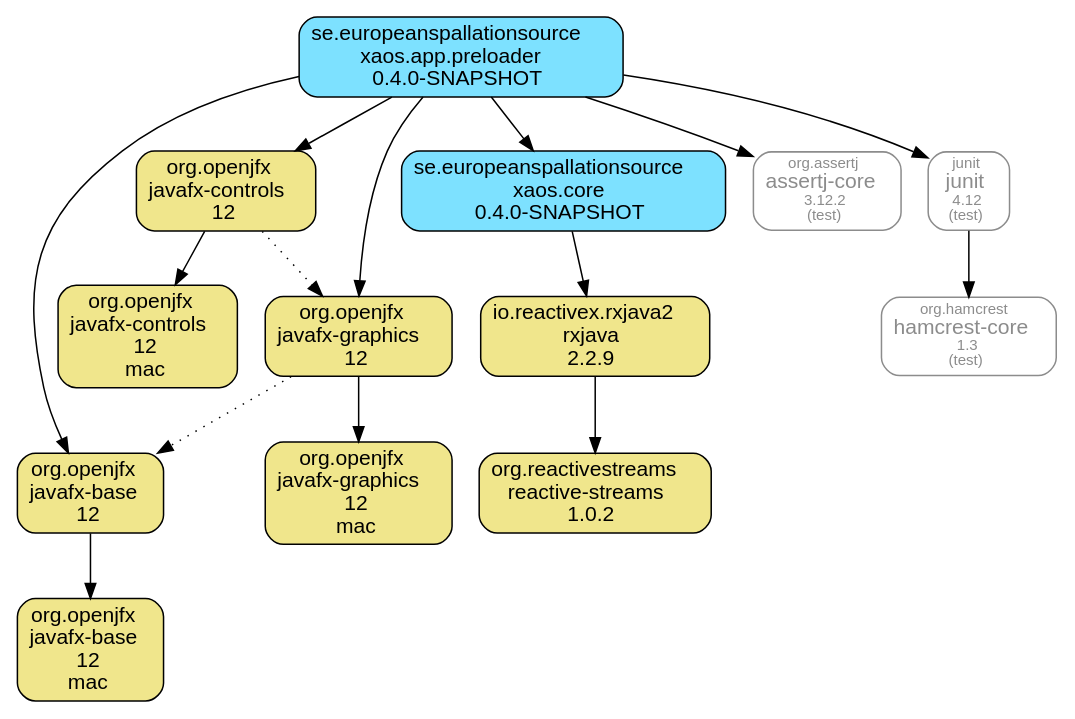
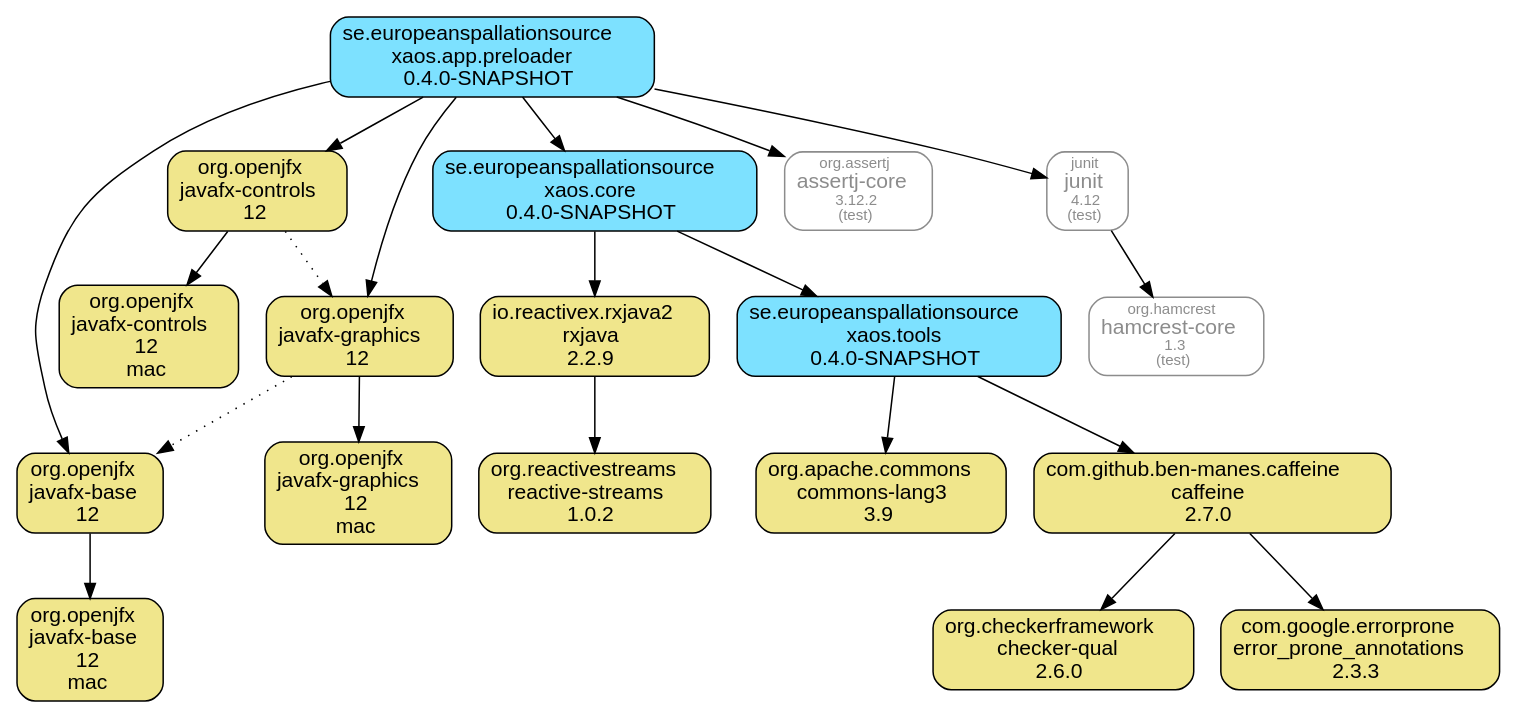
Before and after one commit to ESSICS/XAOS: the diagram in xaos.app.preloader.module/doc/maven-dependencies.dot, drawn with Graphviz. The commit also changed 61 other files, not shown here.

```diff
--- a/xaos.app.preloader.module/doc/maven-dependencies.dot
+++ b/xaos.app.preloader.module/doc/maven-dependencies.dot
@@ -1,35 +1,45 @@
 digraph "xaos.app.preloader" {
   node [shape="box",style="rounded",fontname="Helvetica",fontsize="14"]
   edge [fontsize="10",fontname="Helvetica"]
 
   // Node Definitions:
   "org.openjfx:javafx-base:jar"[shape="box",style="rounded, filled",fillcolor="khaki",label=<org.openjfx<br/>javafx-base<br/>12>]
   "org.openjfx:javafx-base:jar:mac"[shape="box",style="rounded, filled",fillcolor="khaki",label=<org.openjfx<br/>javafx-base<br/>12<br/>mac>]
   "se.europeanspallationsource:xaos.app.preloader:jar"[shape="box",style="rounded, filled",fillcolor="#7DE1FF",label=<se.europeanspallationsource<br/>xaos.app.preloader<br/>0.4.0-SNAPSHOT>]
   "org.openjfx:javafx-controls:jar"[shape="box",style="rounded, filled",fillcolor="khaki",label=<org.openjfx<br/>javafx-controls<br/>12>]
   "org.openjfx:javafx-controls:jar:mac"[shape="box",style="rounded, filled",fillcolor="khaki",label=<org.openjfx<br/>javafx-controls<br/>12<br/>mac>]
   "org.openjfx:javafx-graphics:jar"[shape="box",style="rounded, filled",fillcolor="khaki",label=<org.openjfx<br/>javafx-graphics<br/>12>]
   "org.openjfx:javafx-graphics:jar:mac"[shape="box",style="rounded, filled",fillcolor="khaki",label=<org.openjfx<br/>javafx-graphics<br/>12<br/>mac>]
   "io.reactivex.rxjava2:rxjava:jar"[shape="box",style="rounded, filled",fillcolor="khaki",label=<io.reactivex.rxjava2<br/>rxjava<br/>2.2.9>]
   "org.reactivestreams:reactive-streams:jar"[shape="box",style="rounded, filled",fillcolor="khaki",label=<org.reactivestreams<br/>reactive-streams<br/>1.0.2>]
   "se.europeanspallationsource:xaos.core:jar"[shape="box",style="rounded, filled",fillcolor="#7DE1FF",label=<se.europeanspallationsource<br/>xaos.core<br/>0.4.0-SNAPSHOT>]
+  "se.europeanspallationsource:xaos.tools:jar"[shape="box",style="rounded, filled",fillcolor="#7DE1FF",label=<se.europeanspallationsource<br/>xaos.tools<br/>0.4.0-SNAPSHOT>]
+  "org.apache.commons:commons-lang3:jar"[shape="box",style="rounded, filled",fillcolor="khaki",label=<org.apache.commons<br/>commons-lang3<br/>3.9>]
+  "com.github.ben-manes.caffeine:caffeine:jar"[shape="box",style="rounded, filled",fillcolor="khaki",label=<com.github.ben-manes.caffeine<br/>caffeine<br/>2.7.0>]
+  "org.checkerframework:checker-qual:jar"[shape="box",style="rounded, filled",fillcolor="khaki",label=<org.checkerframework<br/>checker-qual<br/>2.6.0>]
+  "com.google.errorprone:error_prone_annotations:jar"[shape="box",style="rounded, filled",fillcolor="khaki",label=<com.google.errorprone<br/>error_prone_annotations<br/>2.3.3>]
   "org.assertj:assertj-core:jar"[shape="box",style="rounded",color="grey55",fontname="Helvetica",fontsize="14",fontcolor="grey55",label=<<font color="grey55" point-size="10">org.assertj</font><br/>assertj-core<font color="grey55" point-size="10"><br/>3.12.2</font><font color="grey55" point-size="10"><br/>(test)</font>>]
   "junit:junit:jar"[shape="box",style="rounded",color="grey55",fontname="Helvetica",fontsize="14",fontcolor="grey55",label=<<font color="grey55" point-size="10">junit</font><br/>junit<font color="grey55" point-size="10"><br/>4.12</font><font color="grey55" point-size="10"><br/>(test)</font>>]
   "org.hamcrest:hamcrest-core:jar"[shape="box",style="rounded",color="grey55",fontname="Helvetica",fontsize="14",fontcolor="grey55",label=<<font color="grey55" point-size="10">org.hamcrest</font><br/>hamcrest-core<font color="grey55" point-size="10"><br/>1.3</font><font color="grey55" point-size="10"><br/>(test)</font>>]
 
   // Edge Definitions:
   "org.openjfx:javafx-base:jar" -> "org.openjfx:javafx-base:jar:mac"
   "se.europeanspallationsource:xaos.app.preloader:jar" -> "org.openjfx:javafx-base:jar"
   "org.openjfx:javafx-controls:jar" -> "org.openjfx:javafx-controls:jar:mac"
   "org.openjfx:javafx-controls:jar" -> "org.openjfx:javafx-graphics:jar"[style="dotted"]
   "se.europeanspallationsource:xaos.app.preloader:jar" -> "org.openjfx:javafx-controls:jar"
   "org.openjfx:javafx-graphics:jar" -> "org.openjfx:javafx-graphics:jar:mac"
   "org.openjfx:javafx-graphics:jar" -> "org.openjfx:javafx-base:jar"[style="dotted"]
   "se.europeanspallationsource:xaos.app.preloader:jar" -> "org.openjfx:javafx-graphics:jar"
   "io.reactivex.rxjava2:rxjava:jar" -> "org.reactivestreams:reactive-streams:jar"
   "se.europeanspallationsource:xaos.core:jar" -> "io.reactivex.rxjava2:rxjava:jar"
+  "se.europeanspallationsource:xaos.tools:jar" -> "org.apache.commons:commons-lang3:jar"
+  "com.github.ben-manes.caffeine:caffeine:jar" -> "org.checkerframework:checker-qual:jar"
+  "com.github.ben-manes.caffeine:caffeine:jar" -> "com.google.errorprone:error_prone_annotations:jar"
+  "se.europeanspallationsource:xaos.tools:jar" -> "com.github.ben-manes.caffeine:caffeine:jar"
+  "se.europeanspallationsource:xaos.core:jar" -> "se.europeanspallationsource:xaos.tools:jar"
   "se.europeanspallationsource:xaos.app.preloader:jar" -> "se.europeanspallationsource:xaos.core:jar"
   "se.europeanspallationsource:xaos.app.preloader:jar" -> "org.assertj:assertj-core:jar"
   "junit:junit:jar" -> "org.hamcrest:hamcrest-core:jar"
   "se.europeanspallationsource:xaos.app.preloader:jar" -> "junit:junit:jar"
 }
```
